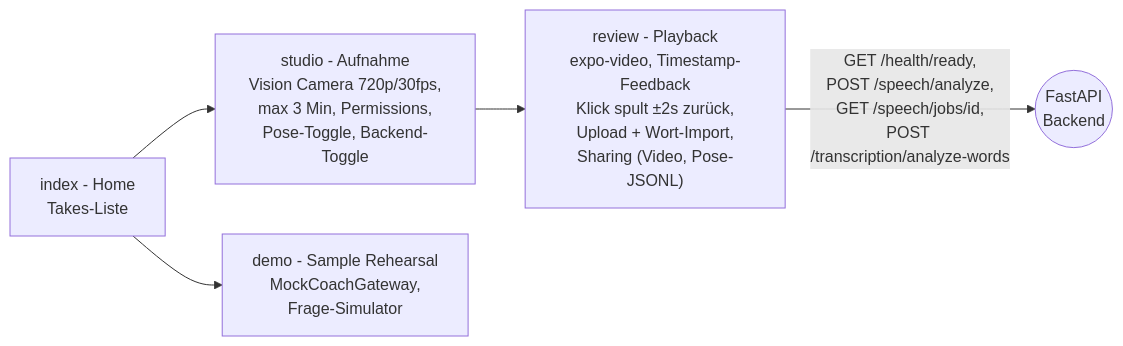
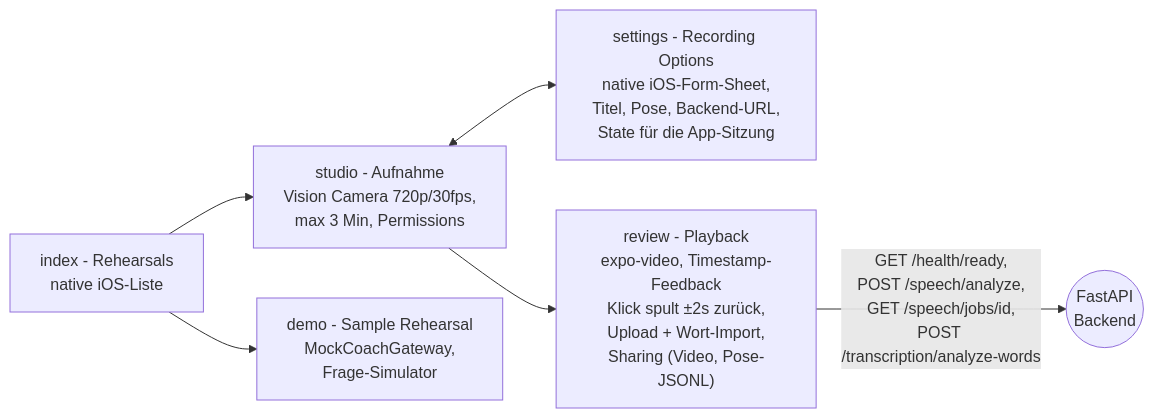
Before and after one commit to johannes3502/hackathon-fulda: the sixth of 9 diagrams in docs/03-architecture.md, drawn with Mermaid. The commit also changed 18 other files, not shown here.

Commit message:
Use native iOS controls and adaptive layouts in mobile app

````diff
--- a/docs/03-architecture.md
+++ b/docs/03-architecture.md
@@ -192,7 +192,8 @@
 ```mermaid
 flowchart LR
-    IDX["index - Home<br/>Takes-Liste"] --> STU["studio - Aufnahme<br/>Vision Camera 720p/30fps,<br/>max 3 Min, Permissions,<br/>Pose-Toggle, Backend-Toggle"]
+    IDX["index - Rehearsals<br/>native iOS-Liste"] --> STU["studio - Aufnahme<br/>Vision Camera 720p/30fps,<br/>max 3 Min, Permissions"]
+    STU <--> OPT["settings - Recording Options<br/>native iOS-Form-Sheet,<br/>Titel, Pose, Backend-URL,<br/>State für die App-Sitzung"]
     IDX --> DEM["demo - Sample Rehearsal<br/>MockCoachGateway,<br/>Frage-Simulator"]
     STU --> REV["review - Playback<br/>expo-video, Timestamp-Feedback<br/>Klick spult ±2s zurück,<br/>Upload + Wort-Import,<br/>Sharing (Video, Pose-JSONL)"]
     REV -->|"GET /health/ready,<br/>POST /speech/analyze,<br/>GET /speech/jobs/id,<br/>POST /transcription/analyze-words"| BE(("FastAPI<br/>Backend"))
 ```
````
